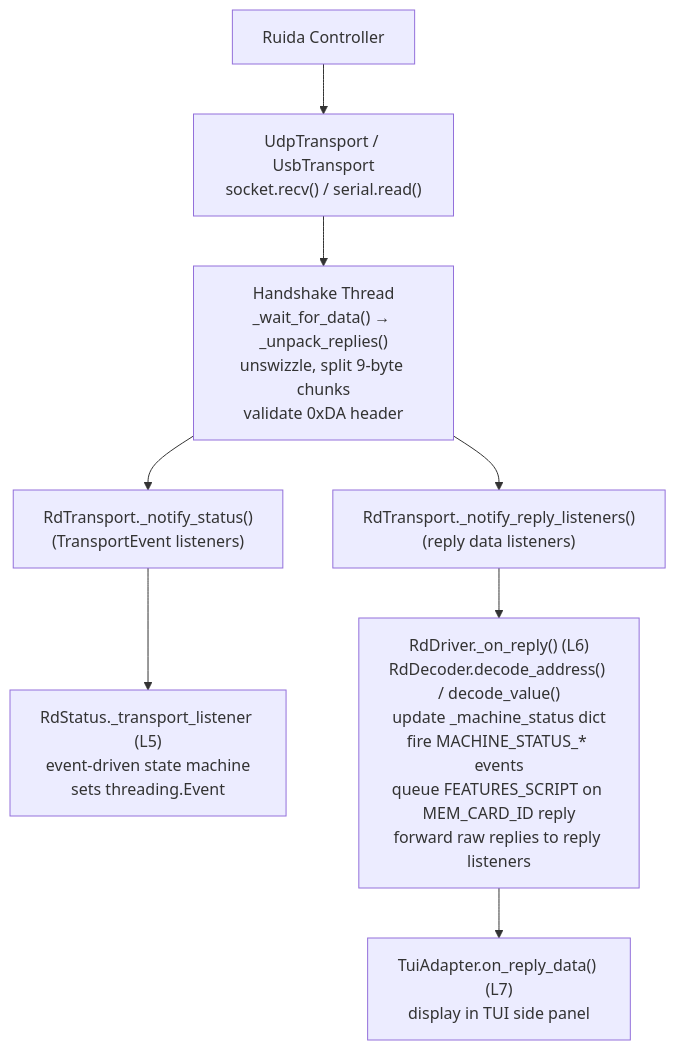
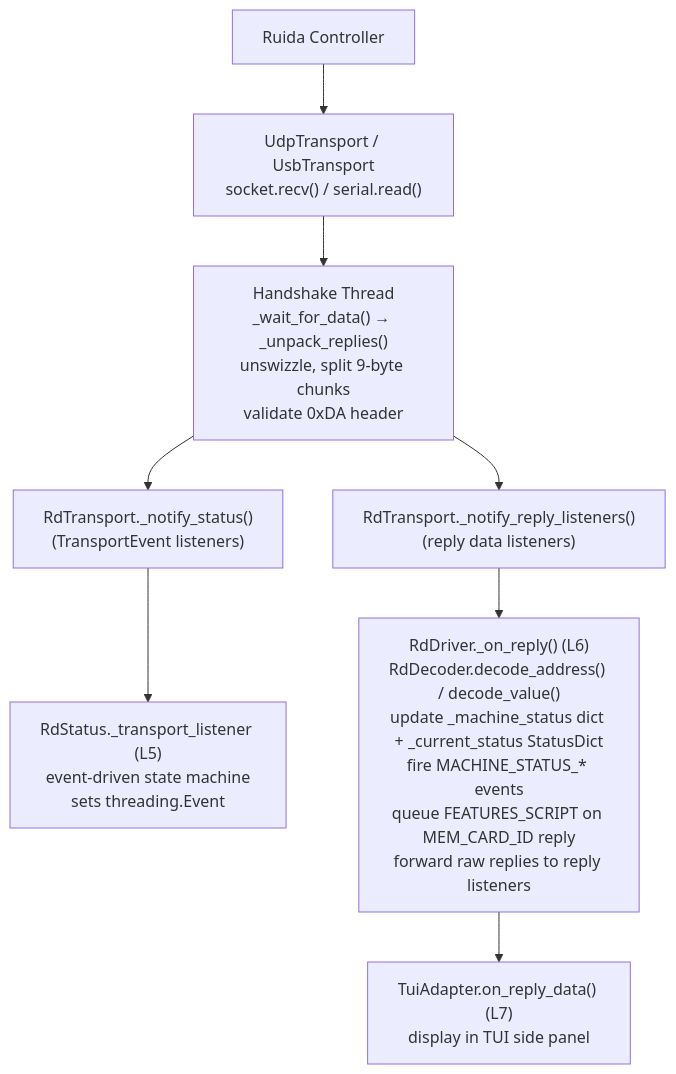
The third of 6 diagrams in docs/designs/RuidaDriver-functional.md (StevenIsaacs/ruida-pa), drawn with Mermaid before and after one commit. The commit also changed other lines of this file and 8 other files, not shown here.

````diff
--- a/docs/designs/RuidaDriver-functional.md
+++ b/docs/designs/RuidaDriver-functional.md
@@ -63,17 +63,17 @@
 ```mermaid
 flowchart TD
     RC["Ruida Controller"]
     TR["UdpTransport / UsbTransport\nsocket.recv() / serial.read()"]
     HST["Handshake Thread\n_wait_for_data() → _unpack_replies()\nunswizzle, split 9-byte chunks\nvalidate 0xDA header"]
     NRL["RdTransport._notify_reply_listeners()\n(reply data listeners)"]
     NS["RdTransport._notify_status()\n(TransportEvent listeners)"]
     RS["RdStatus._transport_listener (L5)\nevent-driven state machine\nsets threading.Event"]
-    DR["RdDriver._on_reply() (L6)\nRdDecoder.decode_address() / decode_value()\nupdate _machine_status dict\nfire MACHINE_STATUS_* events\nqueue FEATURES_SCRIPT on MEM_CARD_ID reply\nforward raw replies to reply listeners"]
+    DR["RdDriver._on_reply() (L6)\nRdDecoder.decode_address() / decode_value()\nupdate _machine_status dict + _current_status StatusDict\nfire MACHINE_STATUS_* events\nqueue FEATURES_SCRIPT on MEM_CARD_ID reply\nforward raw replies to reply listeners"]
     TUI["TuiAdapter.on_reply_data() (L7)\ndisplay in TUI side panel"]
     RC --> TR --> HST
     HST --> NRL
     HST --> NS
     NS --> RS
     NRL --> DR
     DR --> TUI
 ```
````
